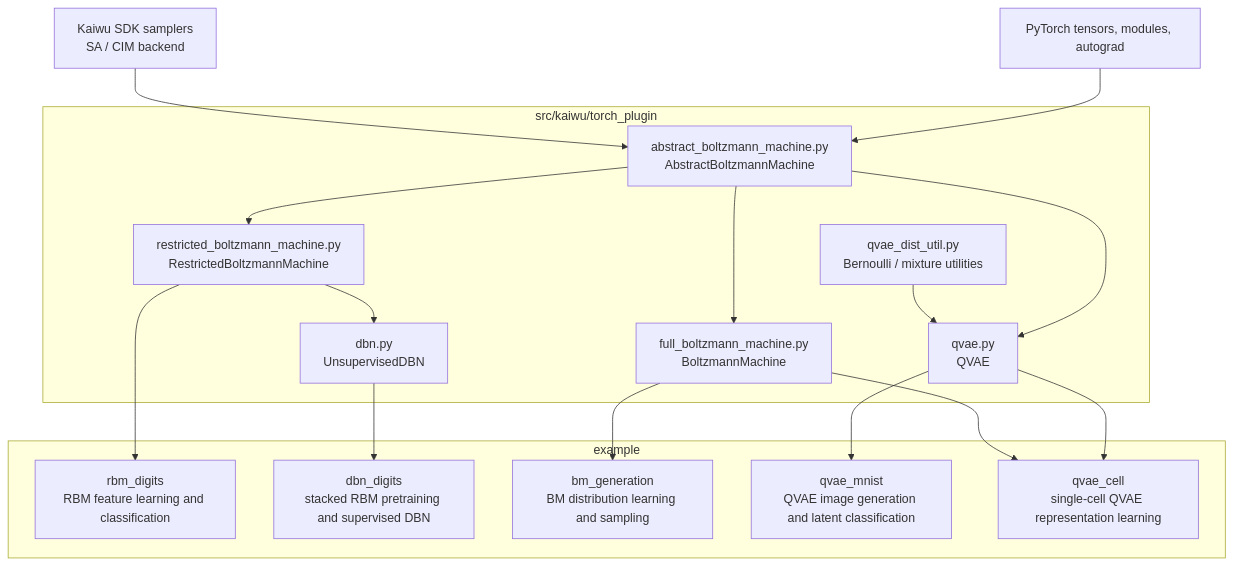
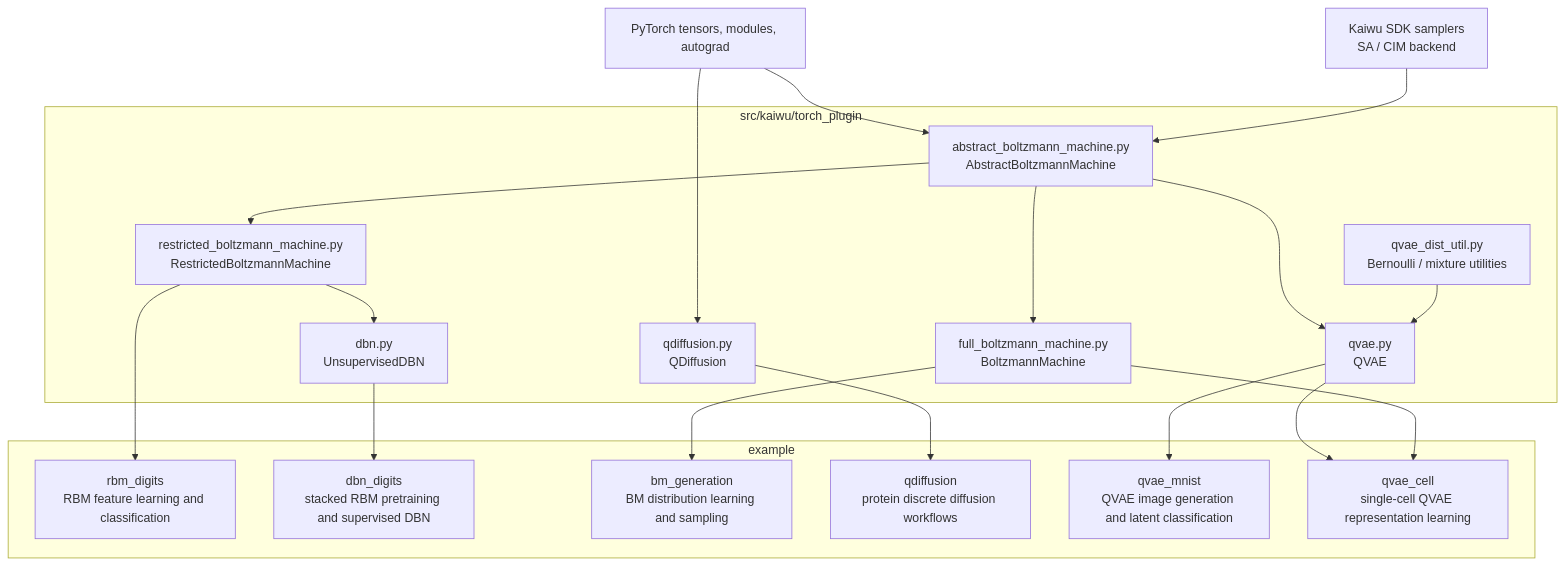
The diagram in README.md (qboson/kaiwu-pytorch-plugin), drawn with Mermaid before and after one commit. The commit also changed other lines of this file and 15 other files, not shown here.

````diff
--- a/README.md
+++ b/README.md
@@ -15,37 +15,41 @@
 ```mermaid
 flowchart TD
     torch[PyTorch tensors, modules, autograd]
     kaiwu[Kaiwu SDK samplers<br/>SA / CIM backend]
 
     subgraph plugin["src/kaiwu/torch_plugin"]
         abm["abstract_boltzmann_machine.py<br/>AbstractBoltzmannMachine"]
         bm["full_boltzmann_machine.py<br/>BoltzmannMachine"]
         rbm["restricted_boltzmann_machine.py<br/>RestrictedBoltzmannMachine"]
         qvae["qvae.py<br/>QVAE"]
+        qdiff["qdiffusion.py<br/>QDiffusion"]
         dist["qvae_dist_util.py<br/>Bernoulli / mixture utilities"]
         dbn["dbn.py<br/>UnsupervisedDBN"]
     end
 
     torch --> abm
     kaiwu --> abm
     abm --> bm
     abm --> rbm
     abm --> qvae
+    torch --> qdiff
     dist --> qvae
     rbm --> dbn
 
     subgraph examples["example"]
         rbm_digits["rbm_digits<br/>RBM feature learning and classification"]
         dbn_digits["dbn_digits<br/>stacked RBM pretraining and supervised DBN"]
         bm_generation["bm_generation<br/>BM distribution learning and sampling"]
+        qdiffusion["qdiffusion<br/>protein discrete diffusion workflows"]
         qvae_mnist["qvae_mnist<br/>QVAE image generation and latent classification"]
         qvae_cell["qvae_cell<br/>single-cell QVAE representation learning"]
     end
 
     rbm --> rbm_digits
     dbn --> dbn_digits
     bm --> bm_generation
+    qdiff --> qdiffusion
     qvae --> qvae_mnist
     qvae --> qvae_cell
     bm --> qvae_cell
 ```
````
